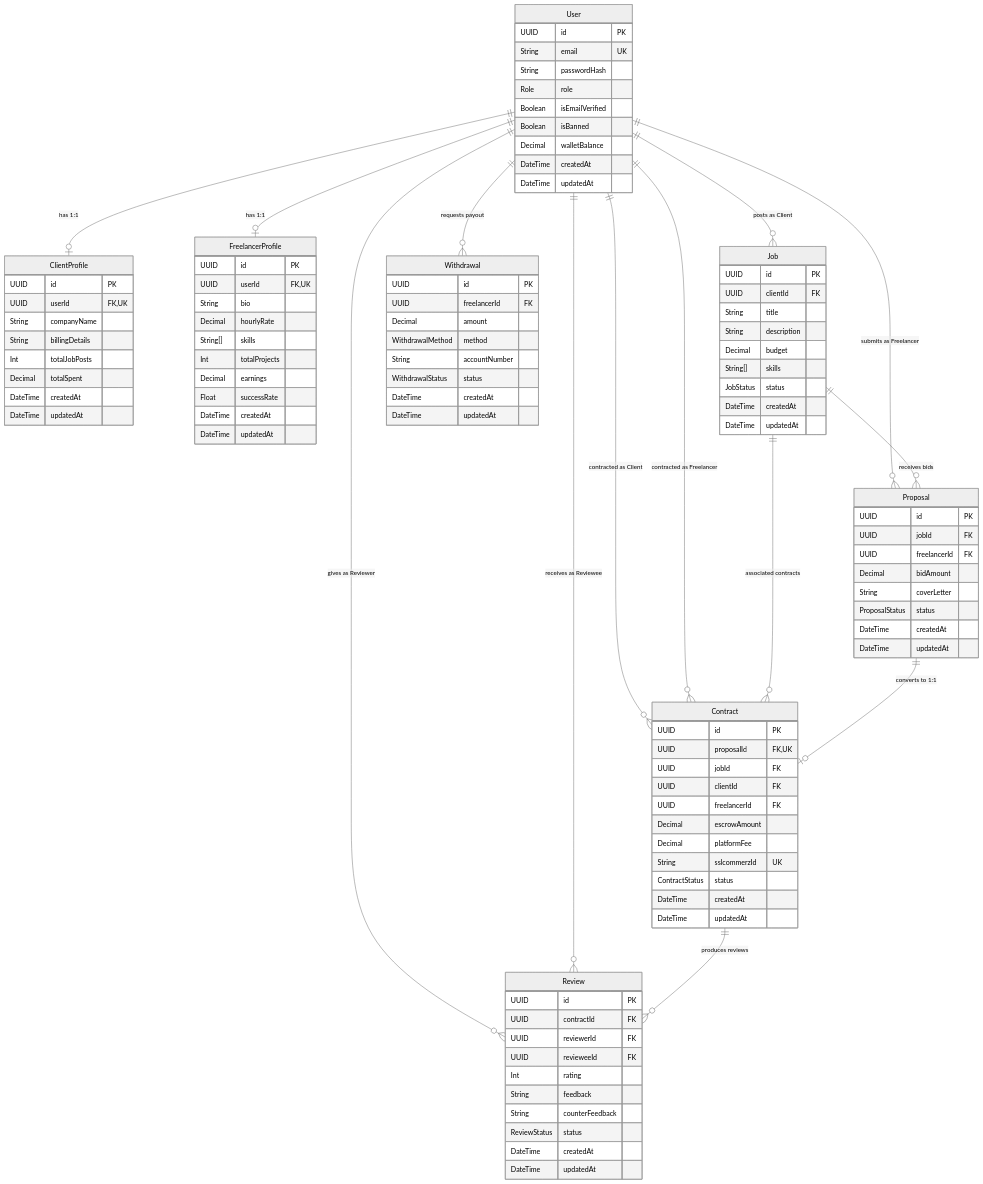
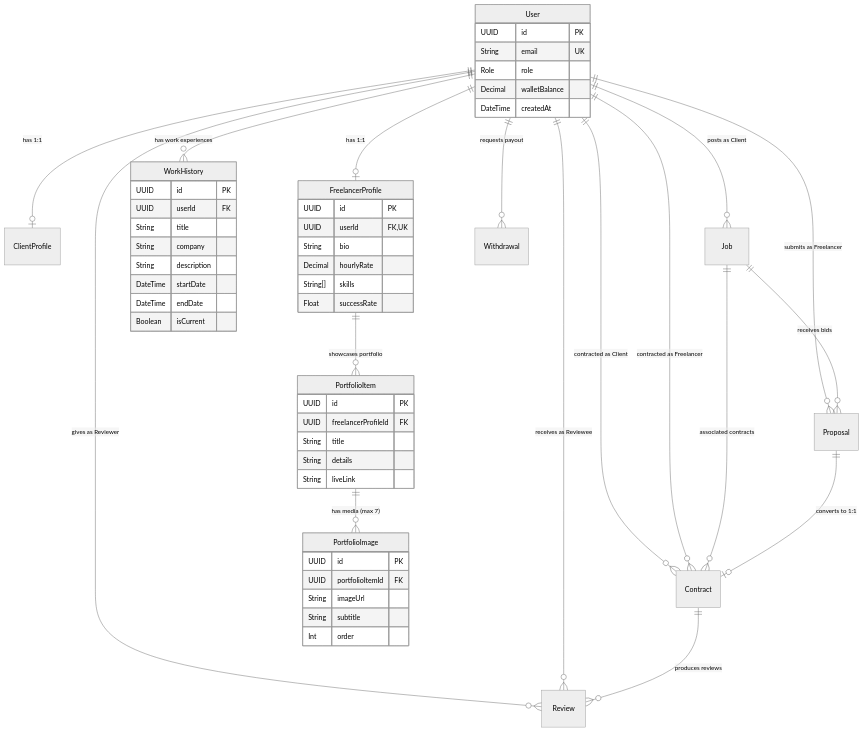
The diagram in backend/phase-status/01-database-design.md (Nakib64/marketplace), drawn with Mermaid (neutral theme) before and after one commit. The commit also changed other lines of this file and 35 other files, not shown here.

Commit message:
feat(users): implement user profiles, work history, and freelancer portfolio module

````diff
--- a/backend/phase-status/01-database-design.md
+++ b/backend/phase-status/01-database-design.md
@@ -48,6 +48,7 @@
 erDiagram
     User ||--o| ClientProfile : "has 1:1"
     User ||--o| FreelancerProfile : "has 1:1"
+    User ||--o{ WorkHistory : "has work experiences"
     User ||--o{ Job : "posts as Client"
     User ||--o{ Proposal : "submits as Freelancer"
     User ||--o{ Contract : "contracted as Client"
@@ -55,6 +56,9 @@
     User ||--o{ Review : "gives as Reviewer"
     User ||--o{ Review : "receives as Reviewee"
     User ||--o{ Withdrawal : "requests payout"
+
+    FreelancerProfile ||--o{ PortfolioItem : "showcases portfolio"
+    PortfolioItem ||--o{ PortfolioImage : "has media (max 7)"
 
     Job ||--o{ Proposal : "receives bids"
     Job ||--o{ Contract : "associated contracts"
@@ -65,24 +69,20 @@
     User {
         UUID id PK
         String email UK
-        String passwordHash
         Role role
-        Boolean isEmailVerified
-        Boolean isBanned
         Decimal walletBalance
         DateTime createdAt
-        DateTime updatedAt
     }
 
-    ClientProfile {
+    WorkHistory {
         UUID id PK
-        UUID userId FK, UK
-        String companyName
-        String billingDetails
-        Int totalJobPosts
-        Decimal totalSpent
-        DateTime createdAt
-        DateTime updatedAt
+        UUID userId FK
+        String title
+        String company
+        String description
+        DateTime startDate
+        DateTime endDate
+        Boolean isCurrent
     }
 
     FreelancerProfile {
@@ -91,71 +91,22 @@
         String bio
         Decimal hourlyRate
         String[] skills
-        Int totalProjects
-        Decimal earnings
         Float successRate
-        DateTime createdAt
-        DateTime updatedAt
     }
 
-    Job {
+    PortfolioItem {
         UUID id PK
-        UUID clientId FK
+        UUID freelancerProfileId FK
         String title
-        String description
-        Decimal budget
-        String[] skills
-        JobStatus status
-        DateTime createdAt
-        DateTime updatedAt
+        String details
+        String liveLink
     }
 
-    Proposal {
+    PortfolioImage {
         UUID id PK
-        UUID jobId FK
-        UUID freelancerId FK
-        Decimal bidAmount
-        String coverLetter
-        ProposalStatus status
-        DateTime createdAt
-        DateTime updatedAt
-    }
-
-    Contract {
-        UUID id PK
-        UUID proposalId FK, UK
-        UUID jobId FK
-        UUID clientId FK
-        UUID freelancerId FK
-        Decimal escrowAmount
-        Decimal platformFee
-        String sslcommerzId UK
-        ContractStatus status
-        DateTime createdAt
-        DateTime updatedAt
-    }
-
-    Review {
-        UUID id PK
-        UUID contractId FK
-        UUID reviewerId FK
-        UUID revieweeId FK
-        Int rating
-        String feedback
-        String counterFeedback
-        ReviewStatus status
-        DateTime createdAt
-        DateTime updatedAt
-    }
-
-    Withdrawal {
-        UUID id PK
-        UUID freelancerId FK
-        Decimal amount
-        WithdrawalMethod method
-        String accountNumber
-        WithdrawalStatus status
-        DateTime createdAt
-        DateTime updatedAt
+        UUID portfolioItemId FK
+        String imageUrl
+        String subtitle
+        Int order
     }
 ```
````
